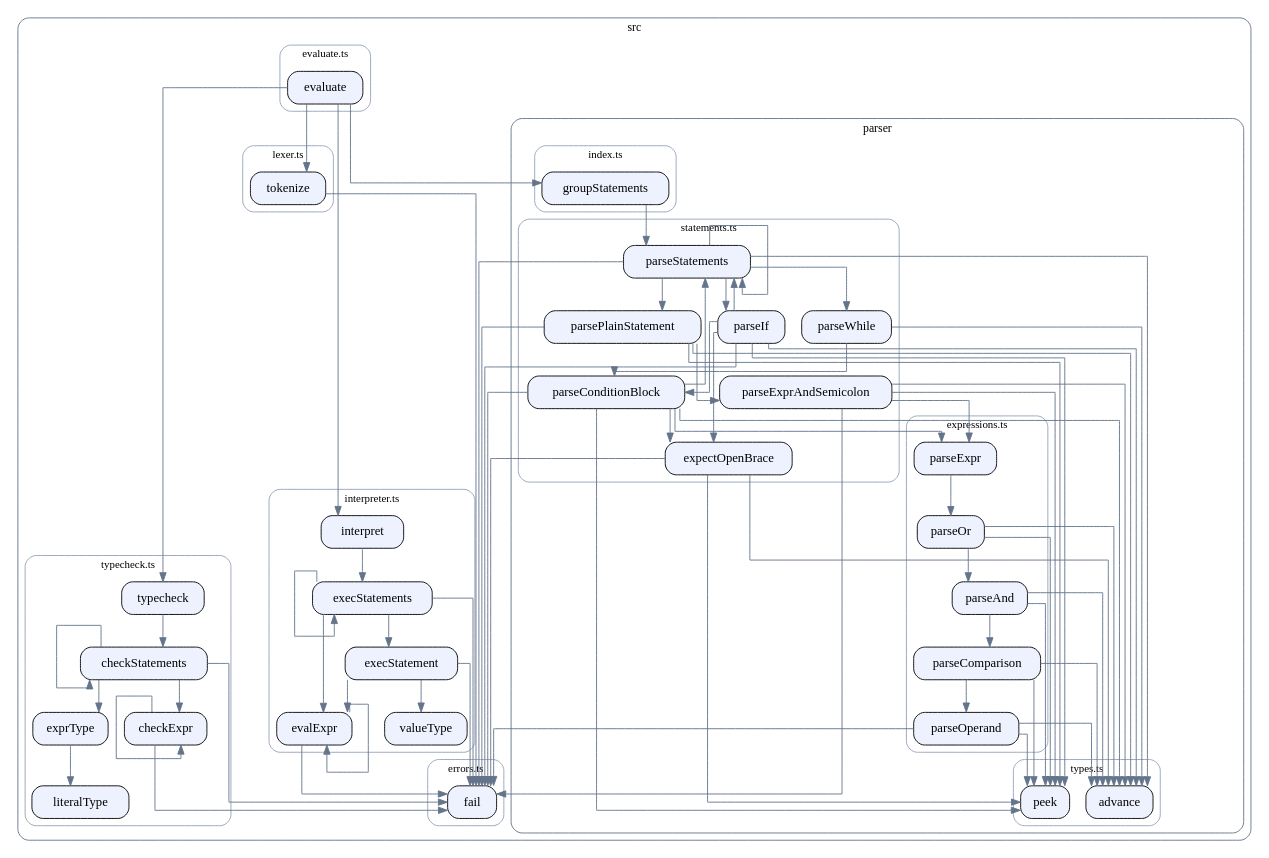
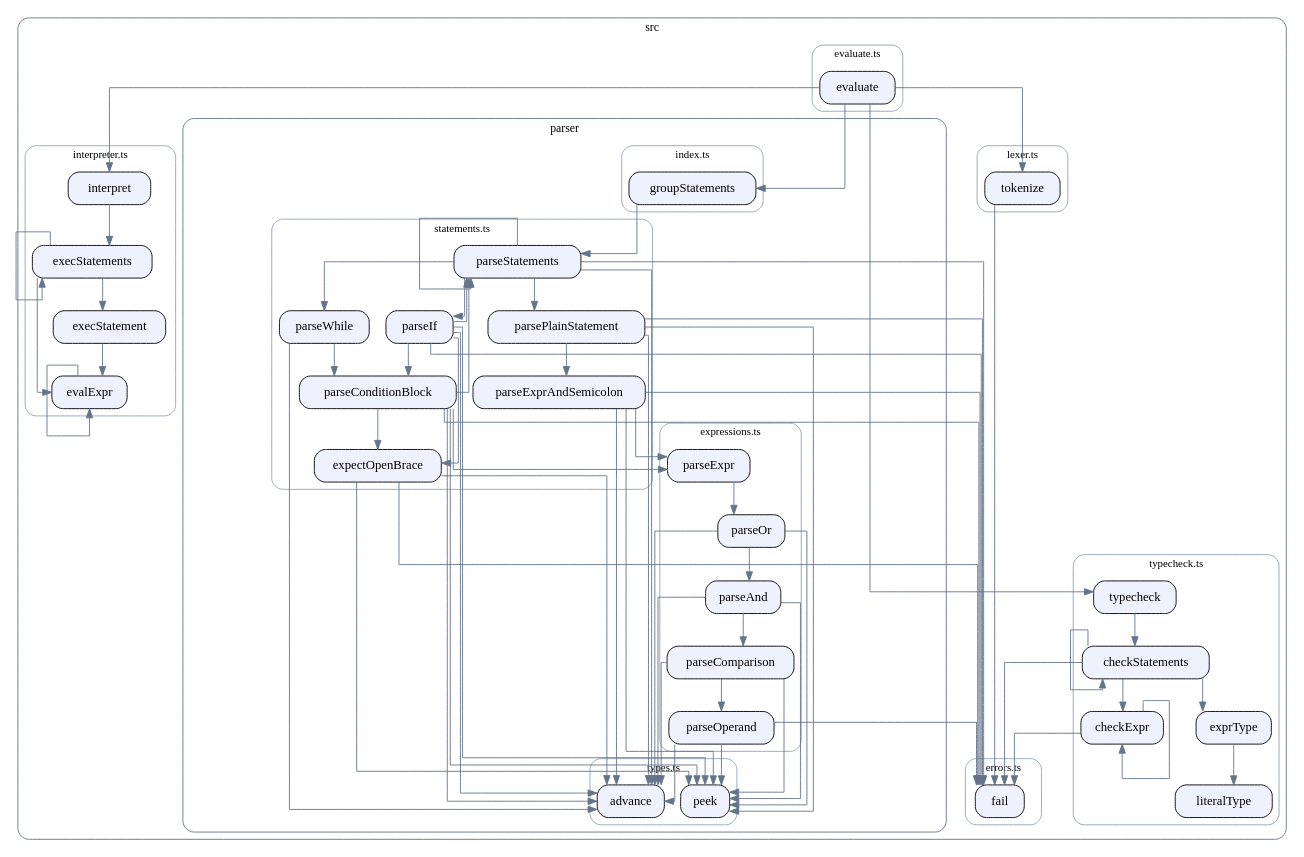
Before and after one commit to SirMathhman/Tuff: the diagram in docs/callgraph.dot, drawn with Graphviz. The commit also changed 1 other file, not shown here.

```diff
--- a/docs/callgraph.dot
+++ b/docs/callgraph.dot
@@ -1,179 +1,174 @@
 digraph tuff {
   rankdir=TB;
   splines=ortho;
   node [shape=box, style="rounded,filled", fillcolor="#eef2ff", fontname="Consolas"];
   edge [color="#64748b"];
   subgraph "cluster_dir_src" {
     style="rounded";
     color="#64748b";
     fontname="Consolas";
     fontsize=13;
     label="src";
   subgraph "cluster_src_errors_ts" {
     style="rounded";
     color="#94a3b8";
     fontname="Consolas";
     fontsize=12;
     label="errors.ts";
     "src\\errors.ts::fail" [label="fail"];
   }
   subgraph "cluster_src_evaluate_ts" {
     style="rounded";
     color="#94a3b8";
     fontname="Consolas";
     fontsize=12;
     label="evaluate.ts";
     "src\\evaluate.ts::evaluate" [label="evaluate"];
   }
   subgraph "cluster_src_interpreter_ts" {
     style="rounded";
     color="#94a3b8";
     fontname="Consolas";
     fontsize=12;
     label="interpreter.ts";
-    "src\\interpreter.ts::valueType" [label="valueType"];
     "src\\interpreter.ts::evalExpr" [label="evalExpr"];
     "src\\interpreter.ts::execStatement" [label="execStatement"];
     "src\\interpreter.ts::execStatements" [label="execStatements"];
     "src\\interpreter.ts::interpret" [label="interpret"];
   }
   subgraph "cluster_src_lexer_ts" {
     style="rounded";
     color="#94a3b8";
     fontname="Consolas";
     fontsize=12;
     label="lexer.ts";
     "src\\lexer.ts::tokenize" [label="tokenize"];
   }
   subgraph "cluster_src_typecheck_ts" {
     style="rounded";
     color="#94a3b8";
     fontname="Consolas";
     fontsize=12;
     label="typecheck.ts";
     "src\\typecheck.ts::literalType" [label="literalType"];
     "src\\typecheck.ts::checkExpr" [label="checkExpr"];
     "src\\typecheck.ts::exprType" [label="exprType"];
     "src\\typecheck.ts::checkStatements" [label="checkStatements"];
     "src\\typecheck.ts::typecheck" [label="typecheck"];
   }
   subgraph "cluster_dir_src_parser" {
     style="rounded";
     color="#64748b";
     fontname="Consolas";
     fontsize=13;
     label="parser";
   subgraph "cluster_src_parser_expressions_ts" {
     style="rounded";
     color="#94a3b8";
     fontname="Consolas";
     fontsize=12;
     label="expressions.ts";
     "src\\parser\\expressions.ts::parseExpr" [label="parseExpr"];
     "src\\parser\\expressions.ts::parseOr" [label="parseOr"];
     "src\\parser\\expressions.ts::parseAnd" [label="parseAnd"];
     "src\\parser\\expressions.ts::parseComparison" [label="parseComparison"];
     "src\\parser\\expressions.ts::parseOperand" [label="parseOperand"];
   }
   subgraph "cluster_src_parser_index_ts" {
     style="rounded";
     color="#94a3b8";
     fontname="Consolas";
     fontsize=12;
     label="index.ts";
     "src\\parser\\index.ts::groupStatements" [label="groupStatements"];
   }
   subgraph "cluster_src_parser_statements_ts" {
     style="rounded";
     color="#94a3b8";
     fontname="Consolas";
     fontsize=12;
     label="statements.ts";
     "src\\parser\\statements.ts::parseStatements" [label="parseStatements"];
     "src\\parser\\statements.ts::parseExprAndSemicolon" [label="parseExprAndSemicolon"];
     "src\\parser\\statements.ts::expectOpenBrace" [label="expectOpenBrace"];
     "src\\parser\\statements.ts::parsePlainStatement" [label="parsePlainStatement"];
     "src\\parser\\statements.ts::parseConditionBlock" [label="parseConditionBlock"];
     "src\\parser\\statements.ts::parseIf" [label="parseIf"];
     "src\\parser\\statements.ts::parseWhile" [label="parseWhile"];
   }
   subgraph "cluster_src_parser_types_ts" {
     style="rounded";
     color="#94a3b8";
     fontname="Consolas";
     fontsize=12;
     label="types.ts";
     "src\\parser\\types.ts::peek" [label="peek"];
     "src\\parser\\types.ts::advance" [label="advance"];
   }
   }
   }
   "src\\evaluate.ts::evaluate" -> "src\\lexer.ts::tokenize";
   "src\\evaluate.ts::evaluate" -> "src\\parser\\index.ts::groupStatements";
   "src\\evaluate.ts::evaluate" -> "src\\typecheck.ts::typecheck";
   "src\\evaluate.ts::evaluate" -> "src\\interpreter.ts::interpret";
-  "src\\interpreter.ts::evalExpr" -> "src\\errors.ts::fail";
   "src\\interpreter.ts::evalExpr" -> "src\\interpreter.ts::evalExpr";
-  "src\\interpreter.ts::execStatement" -> "src\\errors.ts::fail";
   "src\\interpreter.ts::execStatement" -> "src\\interpreter.ts::evalExpr";
-  "src\\interpreter.ts::execStatement" -> "src\\interpreter.ts::valueType";
   "src\\interpreter.ts::execStatements" -> "src\\interpreter.ts::execStatements";
-  "src\\interpreter.ts::execStatements" -> "src\\errors.ts::fail";
   "src\\interpreter.ts::execStatements" -> "src\\interpreter.ts::evalExpr";
   "src\\interpreter.ts::execStatements" -> "src\\interpreter.ts::execStatement";
   "src\\interpreter.ts::interpret" -> "src\\interpreter.ts::execStatements";
   "src\\lexer.ts::tokenize" -> "src\\errors.ts::fail";
   "src\\parser\\expressions.ts::parseExpr" -> "src\\parser\\expressions.ts::parseOr";
   "src\\parser\\expressions.ts::parseOr" -> "src\\parser\\expressions.ts::parseAnd";
   "src\\parser\\expressions.ts::parseOr" -> "src\\parser\\types.ts::peek";
   "src\\parser\\expressions.ts::parseOr" -> "src\\parser\\types.ts::advance";
   "src\\parser\\expressions.ts::parseAnd" -> "src\\parser\\expressions.ts::parseComparison";
   "src\\parser\\expressions.ts::parseAnd" -> "src\\parser\\types.ts::peek";
   "src\\parser\\expressions.ts::parseAnd" -> "src\\parser\\types.ts::advance";
   "src\\parser\\expressions.ts::parseComparison" -> "src\\parser\\expressions.ts::parseOperand";
   "src\\parser\\expressions.ts::parseComparison" -> "src\\parser\\types.ts::peek";
   "src\\parser\\expressions.ts::parseComparison" -> "src\\parser\\types.ts::advance";
   "src\\parser\\expressions.ts::parseOperand" -> "src\\parser\\types.ts::peek";
   "src\\parser\\expressions.ts::parseOperand" -> "src\\errors.ts::fail";
   "src\\parser\\expressions.ts::parseOperand" -> "src\\parser\\types.ts::advance";
   "src\\parser\\index.ts::groupStatements" -> "src\\parser\\statements.ts::parseStatements";
   "src\\parser\\statements.ts::parseStatements" -> "src\\parser\\types.ts::advance";
   "src\\parser\\statements.ts::parseStatements" -> "src\\parser\\statements.ts::parseStatements";
   "src\\parser\\statements.ts::parseStatements" -> "src\\errors.ts::fail";
   "src\\parser\\statements.ts::parseStatements" -> "src\\parser\\statements.ts::parseIf";
   "src\\parser\\statements.ts::parseStatements" -> "src\\parser\\statements.ts::parseWhile";
   "src\\parser\\statements.ts::parseStatements" -> "src\\parser\\statements.ts::parsePlainStatement";
   "src\\parser\\statements.ts::parseExprAndSemicolon" -> "src\\parser\\expressions.ts::parseExpr";
   "src\\parser\\statements.ts::parseExprAndSemicolon" -> "src\\parser\\types.ts::peek";
   "src\\parser\\statements.ts::parseExprAndSemicolon" -> "src\\errors.ts::fail";
   "src\\parser\\statements.ts::parseExprAndSemicolon" -> "src\\parser\\types.ts::advance";
   "src\\parser\\statements.ts::expectOpenBrace" -> "src\\parser\\types.ts::peek";
   "src\\parser\\statements.ts::expectOpenBrace" -> "src\\errors.ts::fail";
   "src\\parser\\statements.ts::expectOpenBrace" -> "src\\parser\\types.ts::advance";
   "src\\parser\\statements.ts::parsePlainStatement" -> "src\\parser\\types.ts::peek";
   "src\\parser\\statements.ts::parsePlainStatement" -> "src\\errors.ts::fail";
   "src\\parser\\statements.ts::parsePlainStatement" -> "src\\parser\\types.ts::advance";
   "src\\parser\\statements.ts::parsePlainStatement" -> "src\\parser\\statements.ts::parseExprAndSemicolon";
   "src\\parser\\statements.ts::parseConditionBlock" -> "src\\parser\\types.ts::peek";
   "src\\parser\\statements.ts::parseConditionBlock" -> "src\\errors.ts::fail";
   "src\\parser\\statements.ts::parseConditionBlock" -> "src\\parser\\types.ts::advance";
   "src\\parser\\statements.ts::parseConditionBlock" -> "src\\parser\\expressions.ts::parseExpr";
   "src\\parser\\statements.ts::parseConditionBlock" -> "src\\parser\\statements.ts::expectOpenBrace";
   "src\\parser\\statements.ts::parseConditionBlock" -> "src\\parser\\statements.ts::parseStatements";
   "src\\parser\\statements.ts::parseIf" -> "src\\parser\\types.ts::advance";
   "src\\parser\\statements.ts::parseIf" -> "src\\parser\\statements.ts::parseConditionBlock";
   "src\\parser\\statements.ts::parseIf" -> "src\\parser\\types.ts::peek";
   "src\\parser\\statements.ts::parseIf" -> "src\\parser\\statements.ts::expectOpenBrace";
   "src\\parser\\statements.ts::parseIf" -> "src\\parser\\statements.ts::parseStatements";
   "src\\parser\\statements.ts::parseIf" -> "src\\errors.ts::fail";
   "src\\parser\\statements.ts::parseWhile" -> "src\\parser\\types.ts::advance";
   "src\\parser\\statements.ts::parseWhile" -> "src\\parser\\statements.ts::parseConditionBlock";
   "src\\typecheck.ts::checkExpr" -> "src\\errors.ts::fail";
   "src\\typecheck.ts::checkExpr" -> "src\\typecheck.ts::checkExpr";
   "src\\typecheck.ts::exprType" -> "src\\typecheck.ts::literalType";
   "src\\typecheck.ts::checkStatements" -> "src\\typecheck.ts::checkExpr";
   "src\\typecheck.ts::checkStatements" -> "src\\typecheck.ts::exprType";
   "src\\typecheck.ts::checkStatements" -> "src\\errors.ts::fail";
   "src\\typecheck.ts::checkStatements" -> "src\\typecheck.ts::checkStatements";
   "src\\typecheck.ts::typecheck" -> "src\\typecheck.ts::checkStatements";
 }
```
